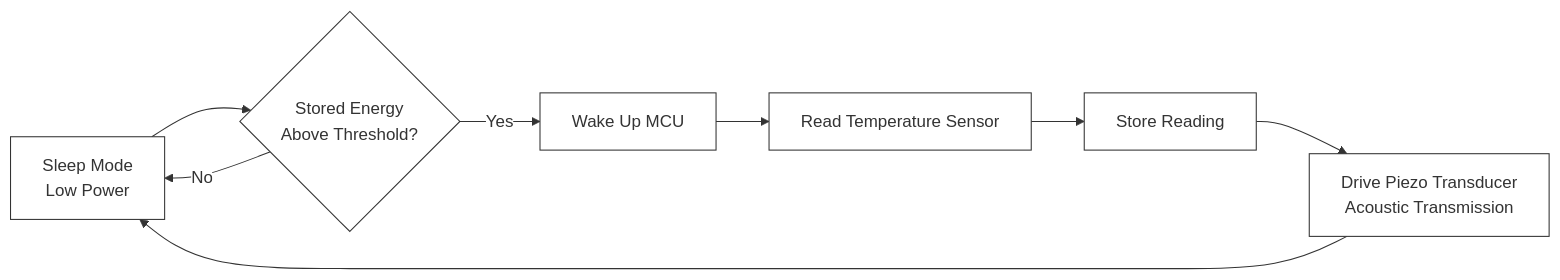
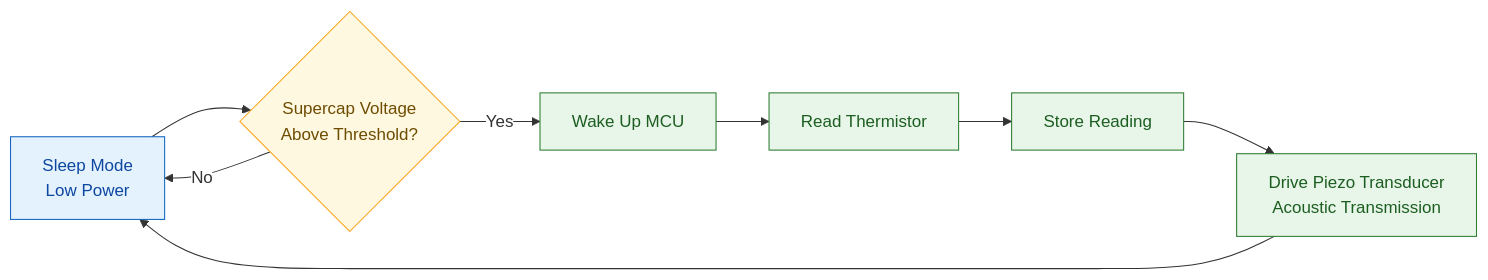
The second of 2 diagrams in README.md (kevinsu926/Self-Powered-Underwater-Data-Logger), drawn with Mermaid before and after one commit. The commit also changed other lines of this file, not shown here.

````diff
--- a/README.md
+++ b/README.md
@@ -46,11 +129,18 @@
 ```mermaid
 %%{init: {'theme': 'base', 'themeVariables': {'background': '#ffffff', 'primaryColor': '#ffffff', 'primaryBorderColor': '#333333', 'lineColor': '#333333'}}}%%
 flowchart LR
-    A[Sleep Mode<br/>Low Power] --> B{Stored Energy<br/>Above Threshold?}
+    A[Sleep Mode<br/>Low Power] --> B{Supercap Voltage<br/>Above Threshold?}
     B -- No --> A
     B -- Yes --> C[Wake Up MCU]
-    C --> D[Read Temperature Sensor]
+    C --> D[Read Thermistor]
     D --> E[Store Reading]
     E --> F[Drive Piezo Transducer<br/>Acoustic Transmission]
     F --> A
+
+    classDef sleep fill:#E3F2FD,stroke:#1565C0,color:#0D47A1
+    classDef active fill:#E8F5E9,stroke:#2E7D32,color:#1B5E20
+    classDef decision fill:#FFF8E1,stroke:#F9A825,color:#6D4C00
+    class A sleep
+    class C,D,E,F active
+    class B decision
 ```
````
